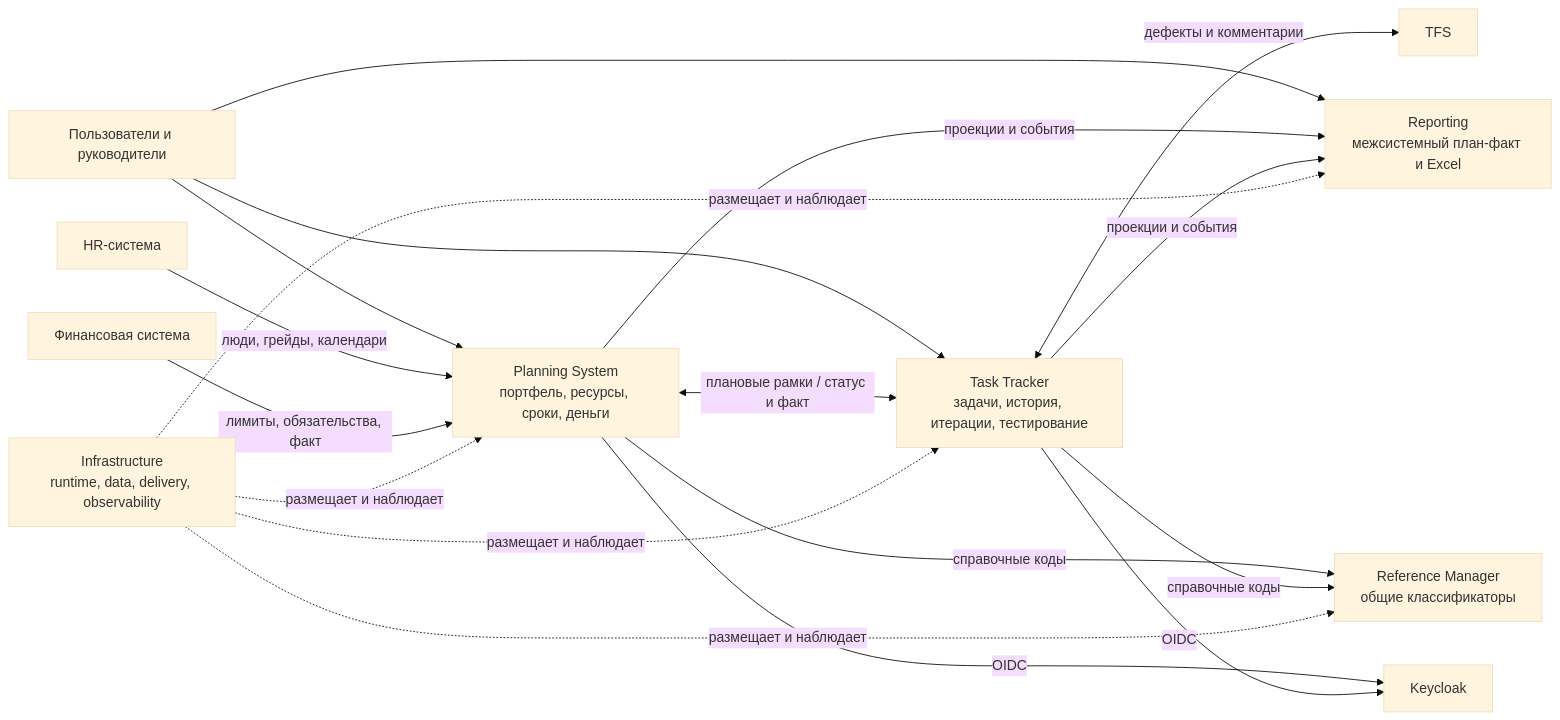
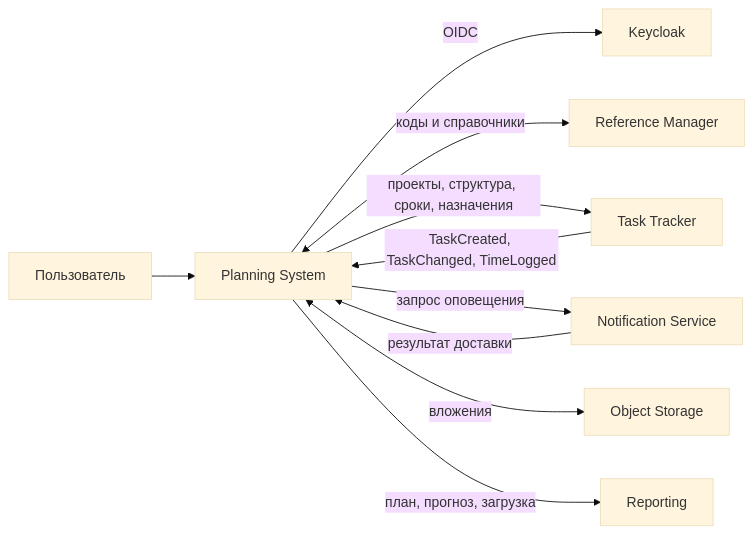
One commit to MEPhI-C22-501/arch-info-system-monorepo changed the diagram in planning-system/docs/diagrams/10-system-landscape.mmd. Above: the diagram before and after it, drawn with Mermaid (base theme). The commit also changed 15 other files, not shown here.

Commit message:
docs: finalize planning system requirements

```diff
--- a/planning-system/docs/diagrams/10-system-landscape.mmd
+++ b/planning-system/docs/diagrams/10-system-landscape.mmd
@@ -1,29 +1,10 @@
 flowchart LR
-  users["Пользователи и руководители"]
-  planning["Planning System<br/>портфель, ресурсы, сроки, деньги"]
-  tracker["Task Tracker<br/>задачи, история, итерации, тестирование"]
-  reference["Reference Manager<br/>общие классификаторы"]
-  reporting["Reporting<br/>межсистемный план-факт и Excel"]
-  infra["Infrastructure<br/>runtime, data, delivery, observability"]
-  hr["HR-система"]
-  finance["Финансовая система"]
-  keycloak["Keycloak"]
-  tfs["TFS"]
-
-  users --> planning
-  users --> tracker
-  users --> reporting
-  planning <-->|"плановые рамки / статус и факт"| tracker
-  planning -->|"справочные коды"| reference
-  tracker -->|"справочные коды"| reference
-  planning -->|"проекции и события"| reporting
-  tracker -->|"проекции и события"| reporting
-  hr -->|"люди, грейды, календари"| planning
-  finance -->|"лимиты, обязательства, факт"| planning
-  planning -->|"OIDC"| keycloak
-  tracker -->|"OIDC"| keycloak
-  tracker <-->|"дефекты и комментарии"| tfs
-  infra -.->|"размещает и наблюдает"| planning
-  infra -.->|"размещает и наблюдает"| tracker
-  infra -.->|"размещает и наблюдает"| reference
-  infra -.->|"размещает и наблюдает"| reporting
+  user["Пользователь"] --> planning["Planning System"]
+  planning -->|"OIDC"| keycloak["Keycloak"]
+  planning <-->|"коды и справочники"| reference["Reference Manager"]
+  planning -->|"проекты, структура, сроки, назначения"| tracker["Task Tracker"]
+  tracker -->|"TaskCreated, TaskChanged, TimeLogged"| planning
+  planning -->|"запрос оповещения"| notify["Notification Service"]
+  notify -->|"результат доставки"| planning
+  planning <-->|"вложения"| storage["Object Storage"]
+  planning -->|"план, прогноз, загрузка"| reporting["Reporting"]
```
